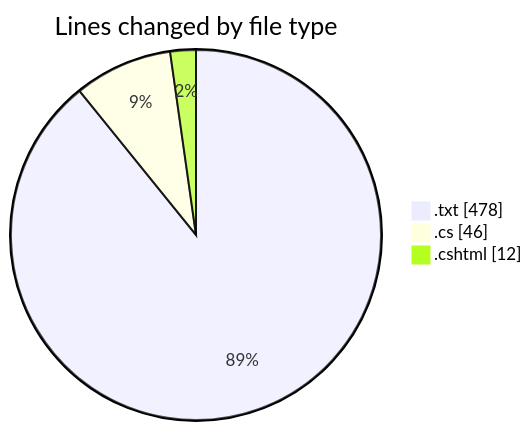
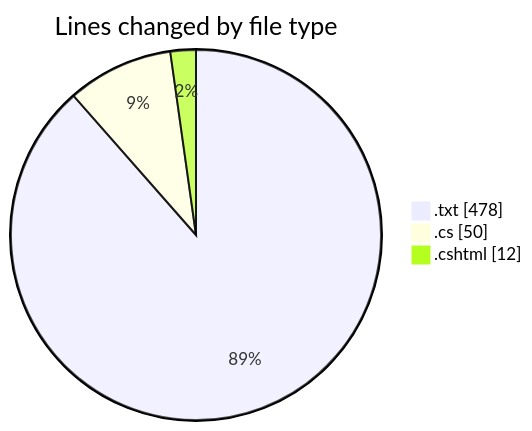
Before and after one commit to lephambinh05/code-tracking: the first of 2 diagrams in 2025-07-26/quanlyrapchieuphim-1/README.md, drawn with Mermaid. The commit also changed other lines of this file and 1 other file, not shown here.

````diff
--- a/2025-07-26/quanlyrapchieuphim-1/README.md
+++ b/2025-07-26/quanlyrapchieuphim-1/README.md
@@ -24,7 +24,7 @@
 ```mermaid
 pie showData
 title Lines changed by file type
 ".txt" : 478
-".cs" : 46
+".cs" : 50
 ".cshtml" : 12
 ```
````
